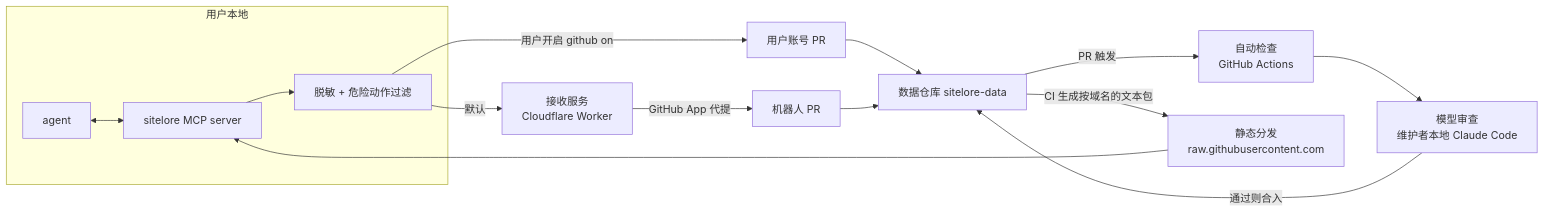
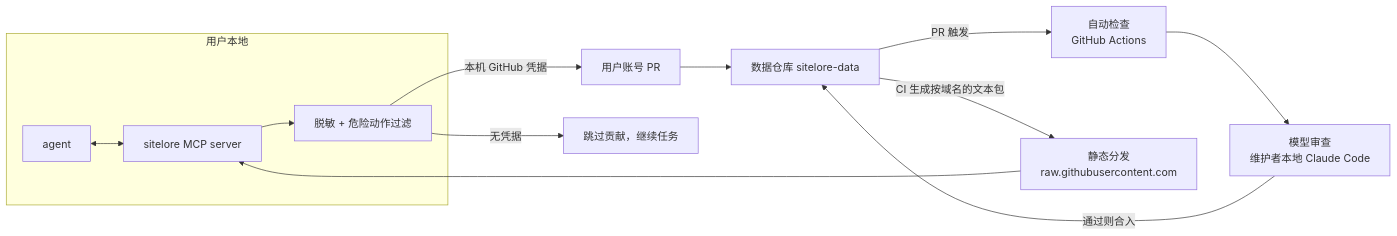
Before and after one commit to TigerkidYang/sitelore: the diagram in docs/design.md, drawn with Mermaid. The commit also changed other lines of this file and 28 other files, not shown here.

Commit message:
Remove hosted intake and use local GitHub contributions

````diff
--- a/docs/design.md
+++ b/docs/design.md
@@ -20,17 +21,15 @@
 ```mermaid
 flowchart LR
     subgraph 用户本地
       A["agent"] <--> C["sitelore MCP server"]
       C --> F["脱敏 + 危险动作过滤"]
     end
-    F -- "默认" --> W["接收服务<br/>Cloudflare Worker"]
-    F -- "用户开启 github on" --> PR["用户账号 PR"]
-    W -- "GitHub App 代提" --> PR2["机器人 PR"]
+    F -- "本机 GitHub 凭据" --> PR["用户账号 PR"]
+    F -- "无凭据" --> S["跳过贡献，继续任务"]
     PR --> D["数据仓库 sitelore-data"]
-    PR2 --> D
     D -- "PR 触发" --> R["自动检查<br/>GitHub Actions"]
     R --> H["模型审查<br/>维护者本地 Claude Code"]
     H -- "通过则合入" --> D
     D -- "CI 生成按域名的文本包" --> CDN["静态分发<br/>raw.githubusercontent.com"]
     CDN --> C
 ```
````
